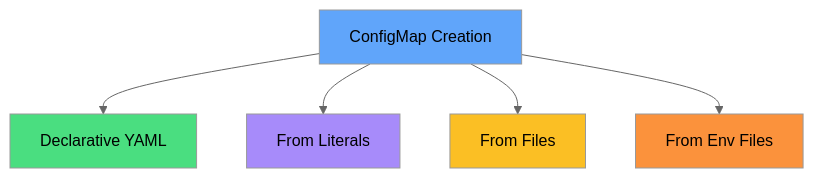
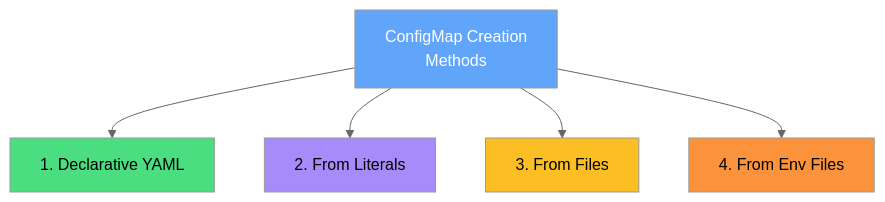
The third of 6 diagrams in slides/configmaps/slides.md (courselabs/kubernetes), drawn with Mermaid (neutral theme) before and after one commit. The commit also changed other lines of this file and 7 other files, not shown here.

````diff
--- a/slides/configmaps/slides.md
+++ b/slides/configmaps/slides.md
@@ -114,13 +186,13 @@
 ```mermaid
 graph TB
-    C[ConfigMap Creation]
-    C --> M1[Declarative YAML]
-    C --> M2[From Literals]
-    C --> M3[From Files]
-    C --> M4[From Env Files]
-    style C fill:#60a5fa
+    C[ConfigMap Creation<br/>Methods]
+    C --> M1[1. Declarative YAML]
+    C --> M2[2. From Literals]
+    C --> M3[3. From Files]
+    C --> M4[4. From Env Files]
+    style C fill:#60a5fa,color:#fff
     style M1 fill:#4ade80
     style M2 fill:#a78bfa
     style M3 fill:#fbbf24
     style M4 fill:#fb923c
 ```
````
